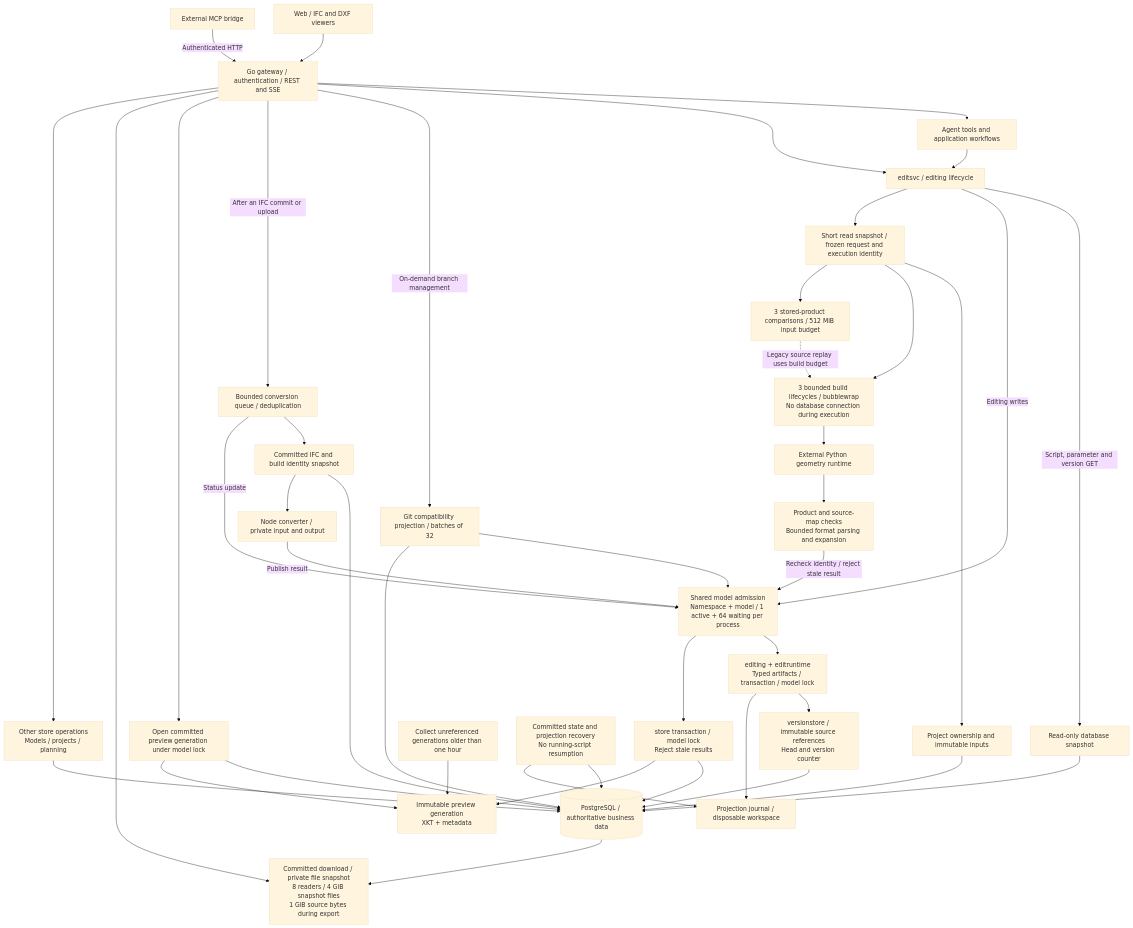
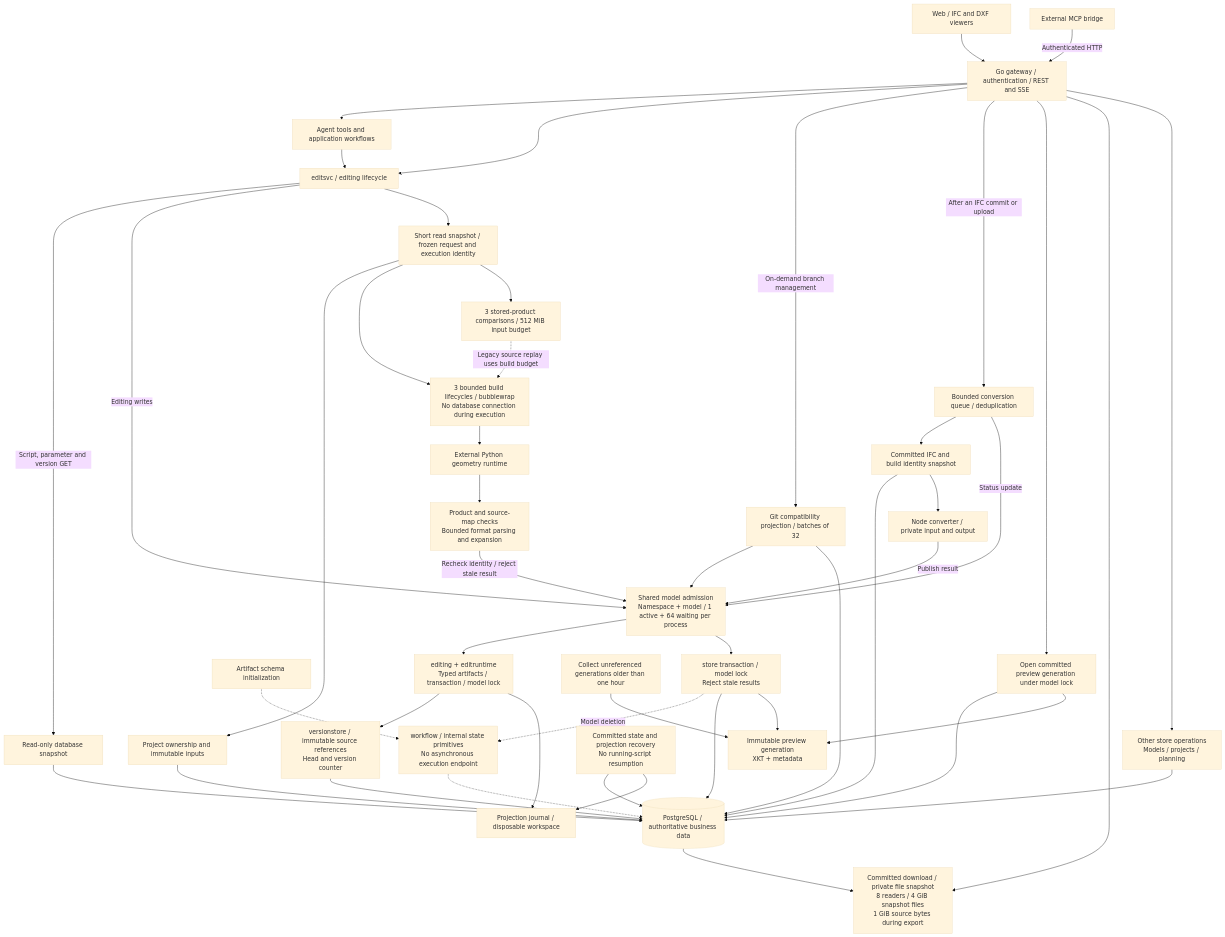
One commit to 0702hjj/SourceAEC changed the first of 2 diagrams in README.md. Above: the diagram before and after it, drawn with Mermaid (base theme). The commit also changed other lines of this file and 18 other files, not shown here.

````diff
--- a/README.md
+++ b/README.md
@@ -28,46 +28,49 @@
 ```mermaid
 flowchart TB
     WEB[Web / IFC and DXF viewers] --> API[Go gateway / authentication / REST and SSE]
     MCP[External MCP bridge] -->|Authenticated HTTP| API
     API --> AGENT[Agent tools and application workflows]
     API --> EDIT[editsvc / editing lifecycle]
     AGENT --> EDIT
     EDIT -->|Script, parameter and version GET| READ[Read-only database snapshot]
     READ --> PG[(PostgreSQL / authoritative business data)]
     EDIT -->|Editing writes| GATE[Shared model admission<br/>Namespace + model / 1 active + 64 waiting per process]
     GATE --> WRITE[editing + editruntime<br/>Typed artifacts / transaction / model lock]
     WRITE --> VERSION[versionstore / immutable source references<br/>Head and version counter]
     VERSION --> PG
+    SCHEMA[Artifact schema initialization] -.-> WF[workflow / internal state primitives<br/>No asynchronous execution endpoint]
+    WF -.-> PG
+    DERIVED -.Model deletion.-> WF
     API -->|On-demand branch management| GIT[Git compatibility projection / batches of 32]
     GIT --> GATE
     GIT --> PG
     EDIT --> PREP[Short read snapshot / frozen request and execution identity]
     PREP --> INPUT[Project ownership and immutable inputs]
     INPUT --> PG
     PREP --> SANDBOX[3 bounded build lifecycles / bubblewrap<br/>No database connection during execution]
     PREP --> COMPARE[3 stored-product comparisons / 512 MiB input budget]
     COMPARE -.->|Legacy source replay uses build budget| SANDBOX
     SANDBOX --> PY[External Python geometry runtime]
     PY --> INSPECT[Product and source-map checks<br/>Bounded format parsing and expansion]
     INSPECT -->|Recheck identity / reject stale result| GATE
     WRITE --> JOURNAL[Projection journal / disposable workspace]
     API -->|After an IFC commit or upload| QUEUE[Bounded conversion queue / deduplication]
     QUEUE --> SOURCE[Committed IFC and build identity snapshot]
     SOURCE --> PG
     SOURCE --> NODE[Node converter / private input and output]
     NODE -->|Publish result| GATE
     QUEUE -->|Status update| GATE
     GATE --> DERIVED[store transaction / model lock<br/>Reject stale results]
     DERIVED --> PG
     DERIVED --> CACHE[Immutable preview generation<br/>XKT + metadata]
     API --> VIEW[Open committed preview generation under model lock]
     VIEW --> PG
     VIEW --> CACHE
     API --> DOWNLOAD[Committed download / private file snapshot<br/>8 readers / 4 GiB snapshot files<br/>1 GiB source bytes during export]
     PG --> DOWNLOAD
     GC[Collect unreferenced generations older than one hour] --> CACHE
     RECOVER[Committed state and projection recovery<br/>No running-script resumption] --> PG
     RECOVER --> JOURNAL
     API --> OTHER[Other store operations<br/>Models / projects / planning]
     OTHER --> PG
 ```
````
